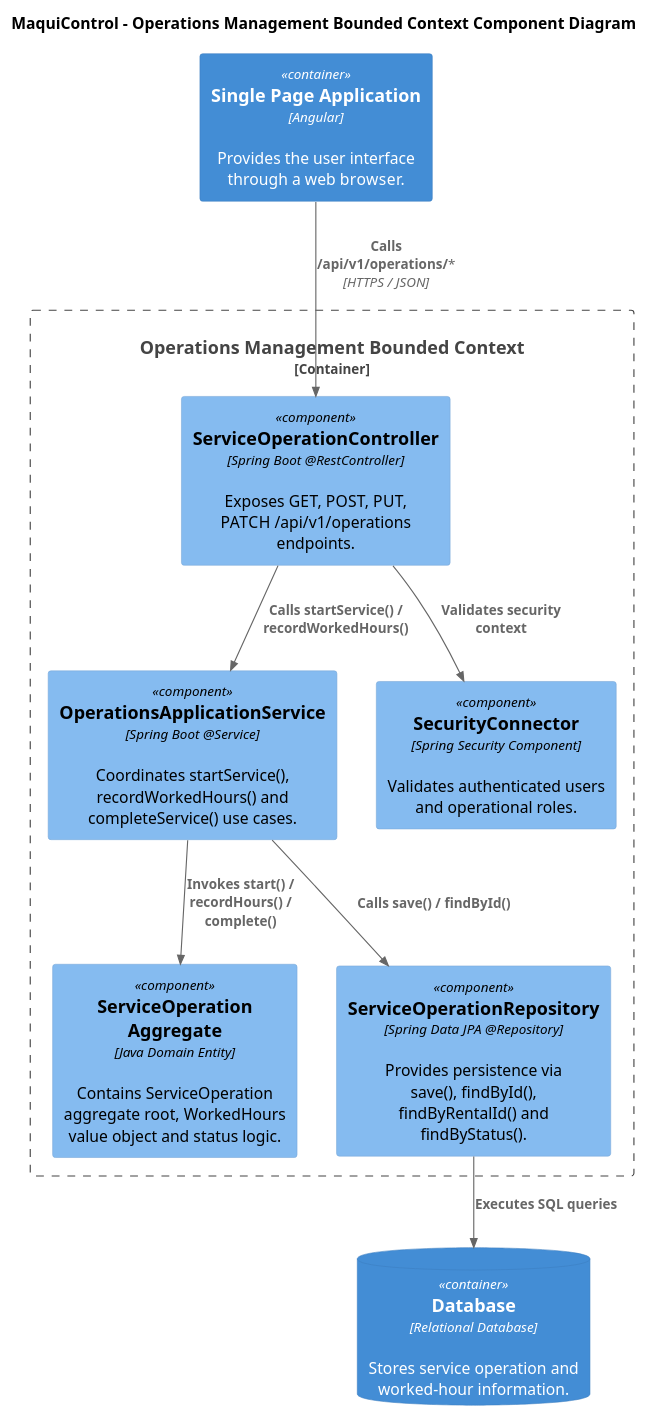
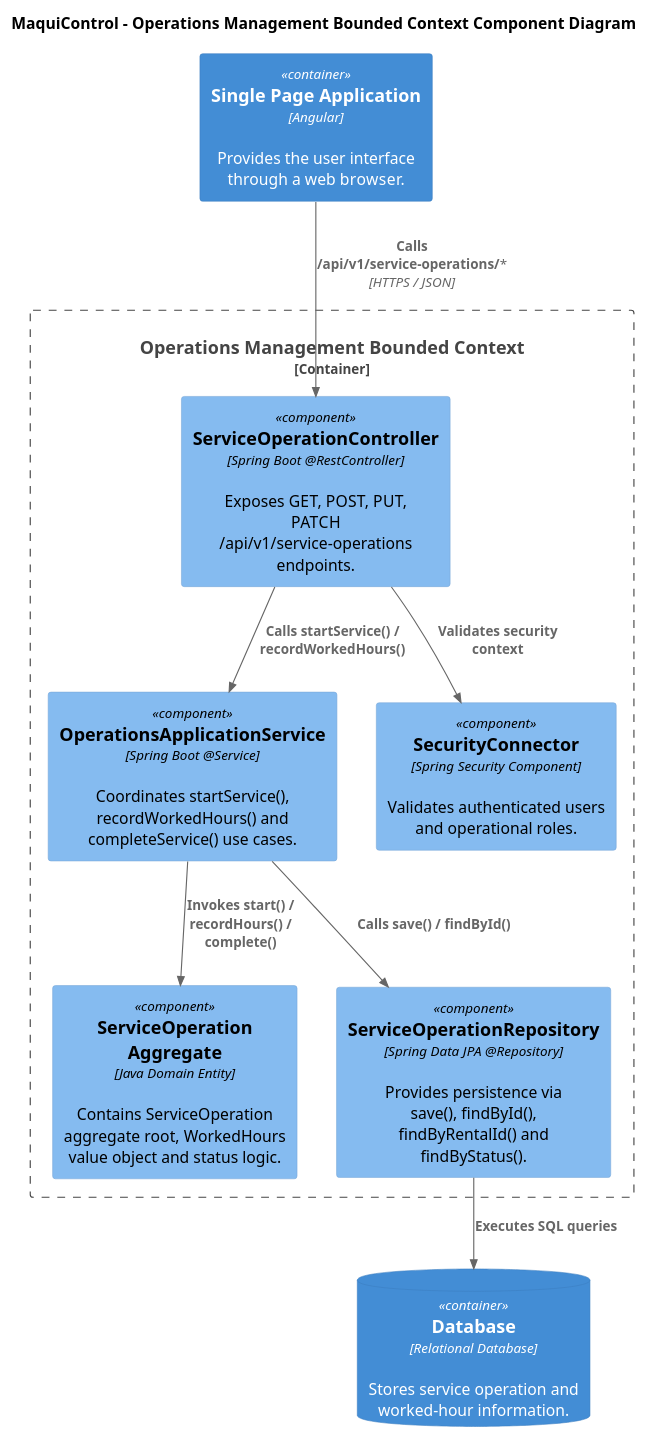
Before and after one commit to AndesHeavyTech/MaquiControl: the diagram in docs/architecture/components/operations-management-components.puml, drawn with PlantUML. The commit also changed 36 other files, not shown here.

Commit message:
docs(report): add sprint 2, update deployment configuration and align diagrams with code

```diff
--- a/docs/architecture/components/operations-management-components.puml
+++ b/docs/architecture/components/operations-management-components.puml
@@ -1,30 +1,30 @@
 @startuml
 !include <C4/C4_Component>
 
 title MaquiControl - Operations Management Bounded Context Component Diagram
 
 Container(webapp, "Single Page Application", "Angular", "Provides the user interface through a web browser.")
 
 Container_Boundary(operations, "Operations Management Bounded Context") {
 
-    Component(interfaces, "ServiceOperationController", "Spring Boot @RestController", "Exposes GET, POST, PUT, PATCH /api/v1/operations endpoints.")
+    Component(interfaces, "ServiceOperationController", "Spring Boot @RestController", "Exposes GET, POST, PUT, PATCH /api/v1/service-operations endpoints.")
 
     Component(application, "OperationsApplicationService", "Spring Boot @Service", "Coordinates startService(), recordWorkedHours() and completeService() use cases.")
 
     Component(domain, "ServiceOperation Aggregate", "Java Domain Entity", "Contains ServiceOperation aggregate root, WorkedHours value object and status logic.")
 
     Component(infrastructure, "ServiceOperationRepository", "Spring Data JPA @Repository", "Provides persistence via save(), findById(), findByRentalId() and findByStatus().")
 
     Component(security, "SecurityConnector", "Spring Security Component", "Validates authenticated users and operational roles.")
 }
 
 ContainerDb(database, "Database", "Relational Database", "Stores service operation and worked-hour information.")
 
-Rel(webapp, interfaces, "Calls /api/v1/operations/*", "HTTPS / JSON")
+Rel(webapp, interfaces, "Calls /api/v1/service-operations/*", "HTTPS / JSON")
 Rel(interfaces, application, "Calls startService() / recordWorkedHours()")
 Rel(application, domain, "Invokes start() / recordHours() / complete()")
 Rel(application, infrastructure, "Calls save() / findById()")
 Rel(infrastructure, database, "Executes SQL queries")
 Rel(interfaces, security, "Validates security context")
 
 @enduml
```
